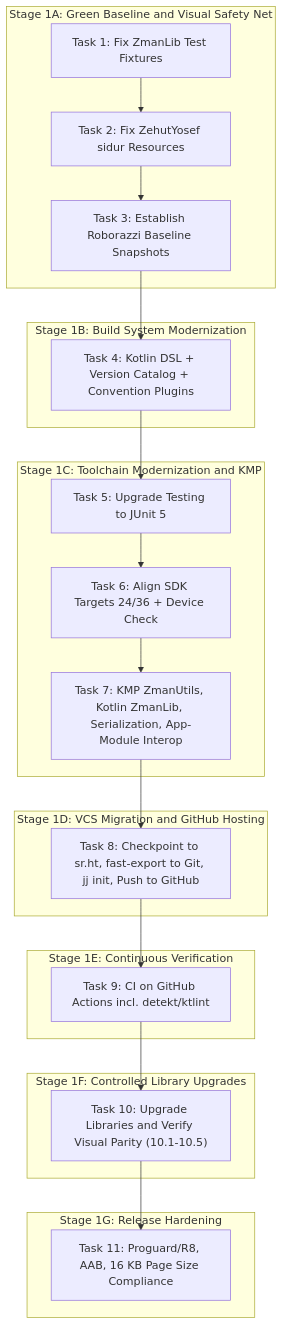
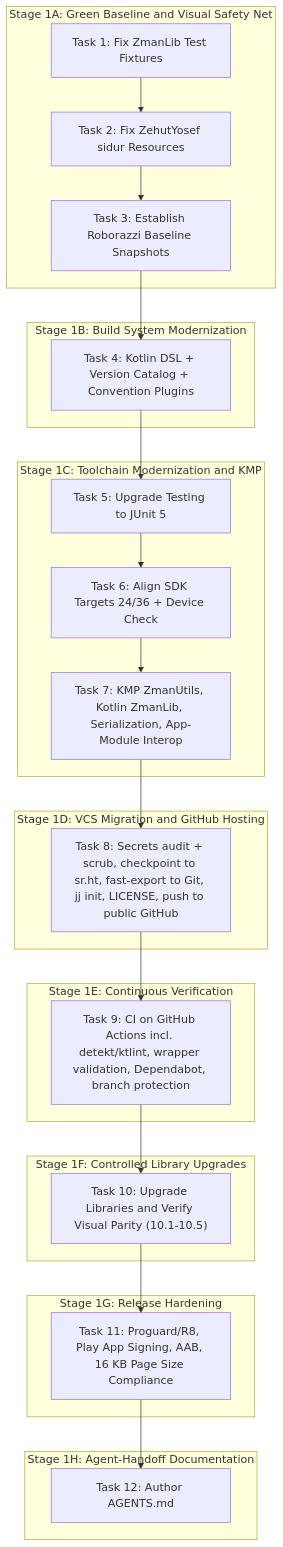
One commit to jgindin/zmanim changed the diagram in docs/superpowers/plans/2026-09-07-foundation-modernization-and-jj-migration.md. Above: the diagram before and after it, drawn with Mermaid. The commit also changed other lines of this file and 1 other file, not shown here.

````diff
--- a/docs/superpowers/plans/2026-09-07-foundation-modernization-and-jj-migration.md
+++ b/docs/superpowers/plans/2026-09-07-foundation-modernization-and-jj-migration.md
@@ -15,33 +18,37 @@
 ```mermaid
 flowchart TD
     subgraph Stage_1A ["Stage 1A: Green Baseline and Visual Safety Net"]
         T1["Task 1: Fix ZmanLib Test Fixtures"] --> T2["Task 2: Fix ZehutYosef sidur Resources"]
         T2 --> T3["Task 3: Establish Roborazzi Baseline Snapshots"]
     end
 
     subgraph Stage_1B ["Stage 1B: Build System Modernization"]
         T3 --> T4["Task 4: Kotlin DSL + Version Catalog + Convention Plugins"]
     end
 
     subgraph Stage_1C ["Stage 1C: Toolchain Modernization and KMP"]
         T4 --> T5["Task 5: Upgrade Testing to JUnit 5"]
         T5 --> T6["Task 6: Align SDK Targets 24/36 + Device Check"]
         T6 --> T7["Task 7: KMP ZmanUtils, Kotlin ZmanLib, Serialization, App-Module Interop"]
     end
 
     subgraph Stage_1D ["Stage 1D: VCS Migration and GitHub Hosting"]
-        T7 --> T8["Task 8: Checkpoint to sr.ht, fast-export to Git, jj init, Push to GitHub"]
+        T7 --> T8["Task 8: Secrets audit + scrub, checkpoint to sr.ht, fast-export to Git, jj init, LICENSE, push to public GitHub"]
     end
 
     subgraph Stage_1E ["Stage 1E: Continuous Verification"]
-        T8 --> T9["Task 9: CI on GitHub Actions incl. detekt/ktlint"]
+        T8 --> T9["Task 9: CI on GitHub Actions incl. detekt/ktlint, wrapper validation, Dependabot, branch protection"]
     end
 
     subgraph Stage_1F ["Stage 1F: Controlled Library Upgrades"]
         T9 --> T10["Task 10: Upgrade Libraries and Verify Visual Parity (10.1-10.5)"]
     end
 
     subgraph Stage_1G ["Stage 1G: Release Hardening"]
-        T10 --> T11["Task 11: Proguard/R8, AAB, 16 KB Page Size Compliance"]
+        T10 --> T11["Task 11: Proguard/R8, Play App Signing, AAB, 16 KB Page Size Compliance"]
+    end
+
+    subgraph Stage_1H ["Stage 1H: Agent-Handoff Documentation"]
+        T11 --> T12["Task 12: Author AGENTS.md"]
     end
 ```
````
